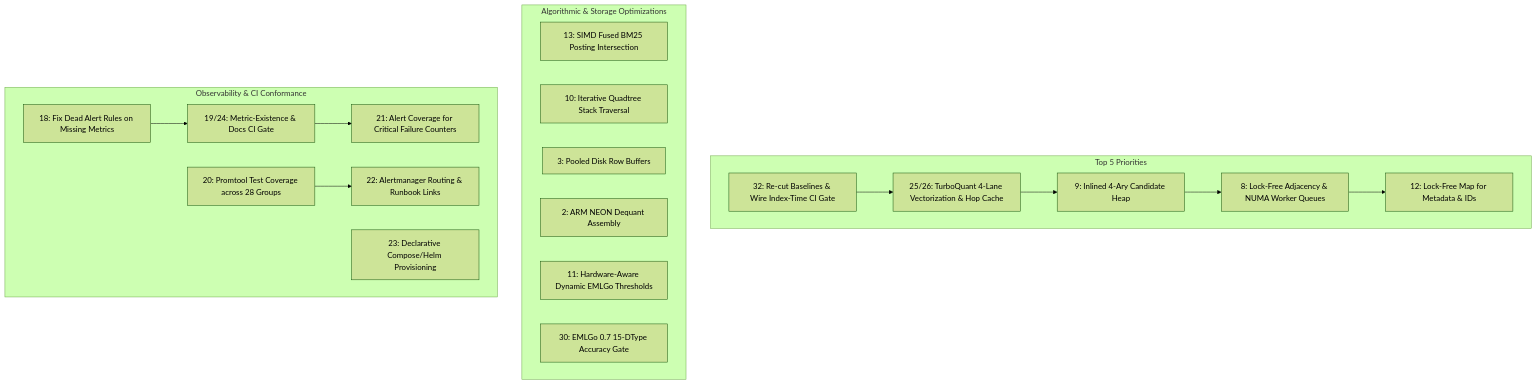
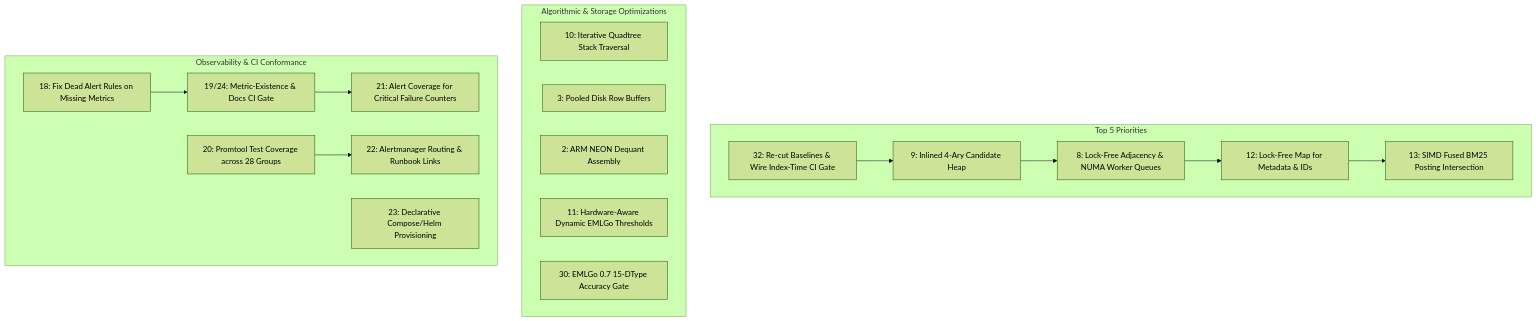
Before and after one commit to 23skdu/longbow: the diagram in docs/roadmap.md, drawn with Mermaid (forest theme). The commit also changed other lines of this file and 10 other files, not shown here.

First line of the commit message:
feat(quantization,simd): 4-lane polar reconstruction & cross-hop scratch caching for TurboQuant (Items 25 & 26)

````diff
--- a/docs/roadmap.md
+++ b/docs/roadmap.md
@@ -18,34 +18,33 @@
 ```mermaid
 graph TD
     subgraph P1["Top 5 Priorities"]
         I32["32: Re-cut Baselines & Wire Index-Time CI Gate"]
-        I25["25/26: TurboQuant 4-Lane Vectorization & Hop Cache"]
         I9["9: Inlined 4-Ary Candidate Heap"]
         I8["8: Lock-Free Adjacency & NUMA Worker Queues"]
         I12["12: Lock-Free Map for Metadata & IDs"]
+        I13["13: SIMD Fused BM25 Posting Intersection"]
     end
     subgraph P2["Algorithmic & Storage Optimizations"]
-        I13["13: SIMD Fused BM25 Posting Intersection"]
         I10["10: Iterative Quadtree Stack Traversal"]
         I3["3: Pooled Disk Row Buffers"]
         I2["2: ARM NEON Dequant Assembly"]
         I11["11: Hardware-Aware Dynamic EMLGo Thresholds"]
         I30["30: EMLGo 0.7 15-DType Accuracy Gate"]
     end
     subgraph P3["Observability & CI Conformance"]
         I18["18: Fix Dead Alert Rules on Missing Metrics"]
         I19["19/24: Metric-Existence & Docs CI Gate"]
         I21["21: Alert Coverage for Critical Failure Counters"]
         I20["20: Promtool Test Coverage across 28 Groups"]
         I22["22: Alertmanager Routing & Runbook Links"]
         I23["23: Declarative Compose/Helm Provisioning"]
     end
 
-    I32 --> I25
-    I25 --> I9
+    I32 --> I9
     I9 --> I8
     I8 --> I12
+    I12 --> I13
     I18 --> I19
     I19 --> I21
     I20 --> I22
 ```
````
